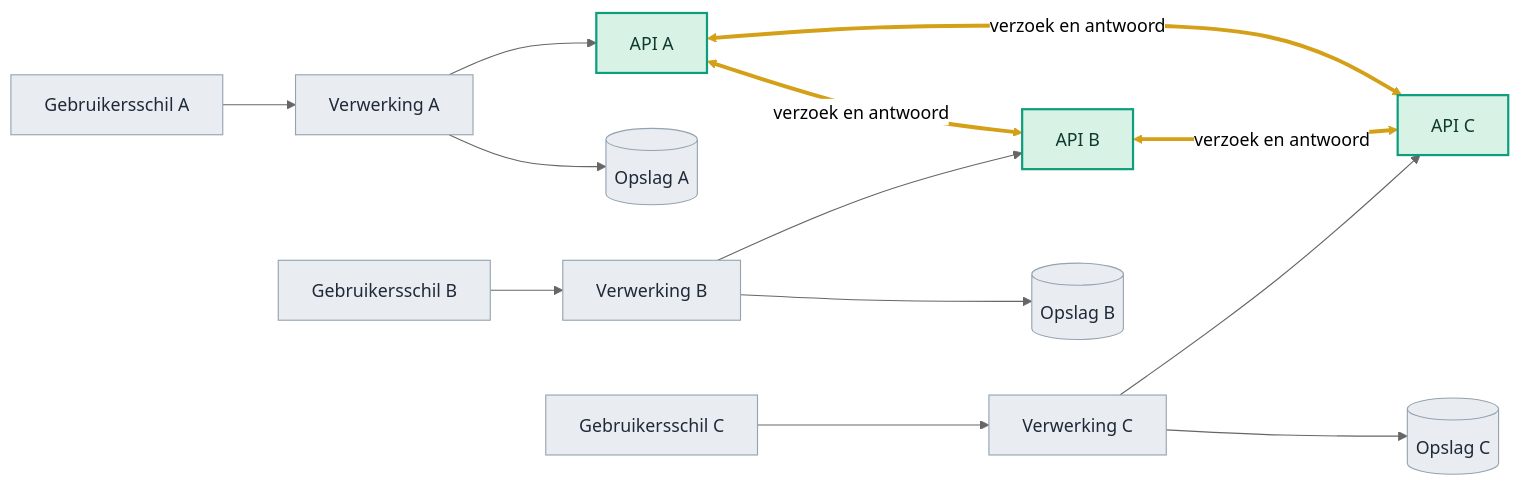
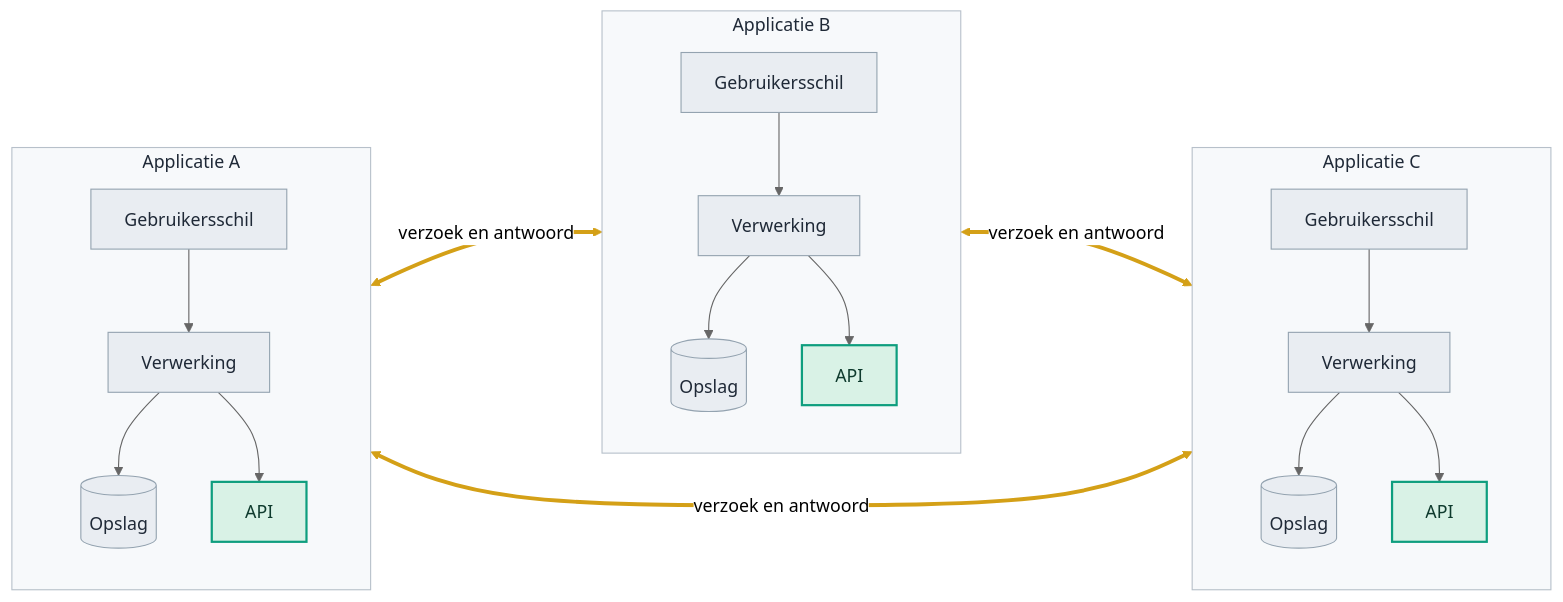
The second of 8 diagrams in presentaties/src/260904_ai_houdbaarheid.md (Npuls-OKx/meta), drawn with Mermaid (neutral theme) before and after one commit. The commit also changed other lines of this file and 2 other files, not shown here.

````diff
--- a/presentaties/src/260904_ai_houdbaarheid.md
+++ b/presentaties/src/260904_ai_houdbaarheid.md
@@ -162,28 +167,40 @@
 ```mermaid
 flowchart LR
-  GA["Gebruikersschil A"] --> BA["Verwerking A"]
-  BA --> DA[("Opslag A")]
-  BA --> PA["API A"]
-  GB["Gebruikersschil B"] --> BB["Verwerking B"]
-  BB --> DB[("Opslag B")]
-  BB --> PB["API B"]
-  GC["Gebruikersschil C"] --> BC["Verwerking C"]
-  BC --> DC[("Opslag C")]
-  BC --> PC["API C"]
+  subgraph SA["Applicatie A"]
+    direction TB
+    GA["Gebruikersschil"] --> BA["Verwerking"]
+    BA --> DA[("Opslag")]
+    BA --> PA["API"]
+  end
+  subgraph SB["Applicatie B"]
+    direction TB
+    GB["Gebruikersschil"] --> BB["Verwerking"]
+    BB --> DB[("Opslag")]
+    BB --> PB["API"]
+  end
+  subgraph SC["Applicatie C"]
+    direction TB
+    GC["Gebruikersschil"] --> BC["Verwerking"]
+    BC --> DC[("Opslag")]
+    BC --> PC["API"]
+  end
   PA <-->|"verzoek en antwoord"| PB
   PB <-->|"verzoek en antwoord"| PC
   PA <-->|"verzoek en antwoord"| PC
+  style SA fill:#f7f9fb,stroke:#b7c0ca,color:#1f2937
   style GA fill:#e9edf2,stroke:#94a3b0,color:#1f2937
   style BA fill:#e9edf2,stroke:#94a3b0,color:#1f2937
   style DA fill:#e9edf2,stroke:#94a3b0,color:#1f2937
   style PA fill:#d9f2e6,stroke:#0E9E7E,stroke-width:2px,color:#0f3b2e
+  style SB fill:#f7f9fb,stroke:#b7c0ca,color:#1f2937
   style GB fill:#e9edf2,stroke:#94a3b0,color:#1f2937
   style BB fill:#e9edf2,stroke:#94a3b0,color:#1f2937
   style DB fill:#e9edf2,stroke:#94a3b0,color:#1f2937
   style PB fill:#d9f2e6,stroke:#0E9E7E,stroke-width:2px,color:#0f3b2e
+  style SC fill:#f7f9fb,stroke:#b7c0ca,color:#1f2937
   style GC fill:#e9edf2,stroke:#94a3b0,color:#1f2937
   style BC fill:#e9edf2,stroke:#94a3b0,color:#1f2937
   style DC fill:#e9edf2,stroke:#94a3b0,color:#1f2937
   style PC fill:#d9f2e6,stroke:#0E9E7E,stroke-width:2px,color:#0f3b2e
   linkStyle 9,10,11 stroke:#D4A017,stroke-width:3.5px
 ```
````
